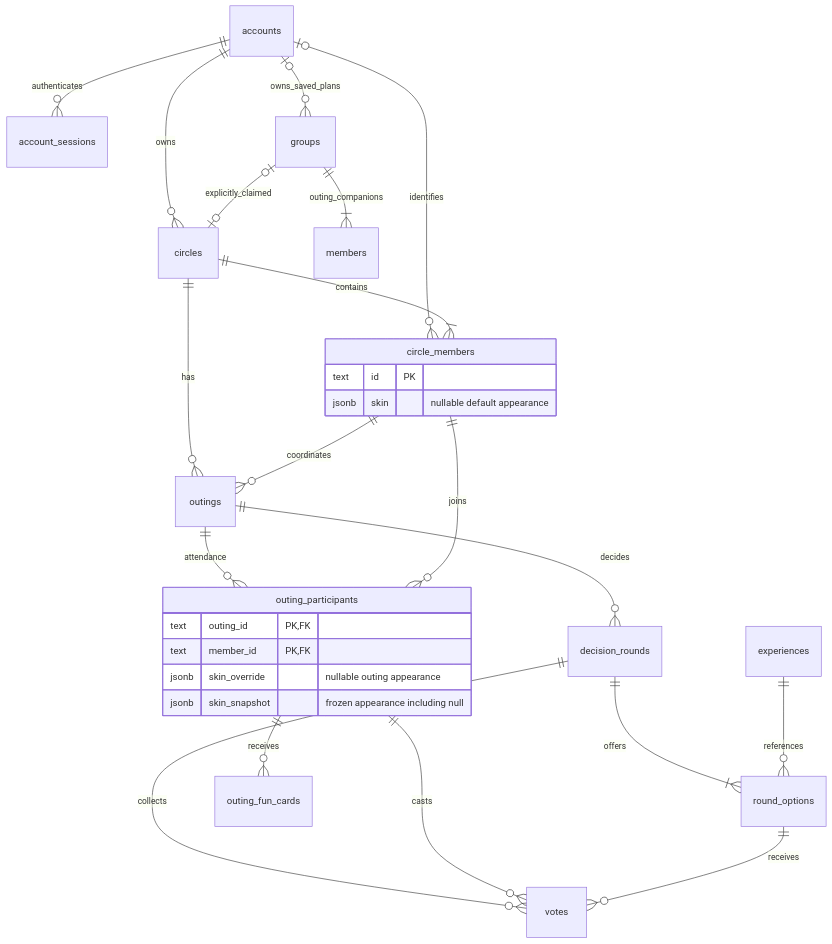
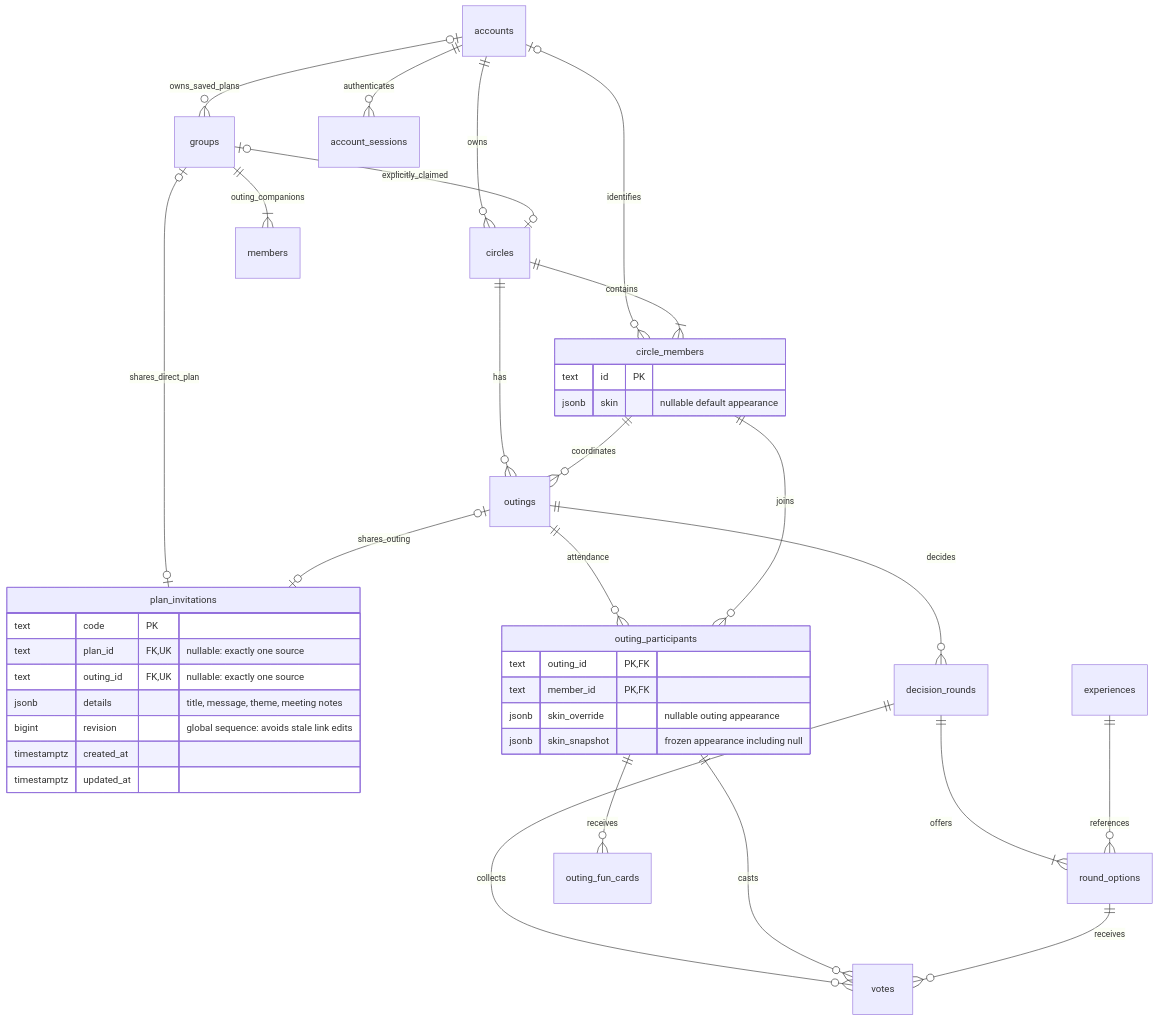
Before and after one commit to shathaaa1110-arch/hatim-app: the second of 6 diagrams in docs/architecture-python-postgres.ar.md, drawn with Mermaid. The commit also changed other lines of this file and 55 other files, not shown here.

````diff
--- a/docs/architecture-python-postgres.ar.md
+++ b/docs/architecture-python-postgres.ar.md
@@ -97,31 +105,42 @@
 ```mermaid
 erDiagram
+    plan_invitations {
+        text code PK
+        text plan_id FK,UK "nullable: exactly one source"
+        text outing_id FK,UK "nullable: exactly one source"
+        jsonb details "title, message, theme, meeting notes"
+        bigint revision "global sequence: avoids stale link edits"
+        timestamptz created_at
+        timestamptz updated_at
+    }
+    groups o|--o| plan_invitations : shares_direct_plan
+    outings o|--o| plan_invitations : shares_outing
     circle_members {
         text id PK
         jsonb skin "nullable default appearance"
     }
     outing_participants {
         text outing_id PK,FK
         text member_id PK,FK
         jsonb skin_override "nullable outing appearance"
         jsonb skin_snapshot "frozen appearance including null"
     }
     accounts ||--o{ account_sessions : authenticates
     accounts o|--o{ groups : owns_saved_plans
     accounts ||--o{ circles : owns
     accounts o|--o{ circle_members : identifies
     circles ||--|{ circle_members : contains
     circles ||--o{ outings : has
     circle_members ||--o{ outings : coordinates
     outings ||--o{ outing_participants : attendance
     circle_members ||--o{ outing_participants : joins
     outings ||--o{ decision_rounds : decides
     decision_rounds ||--|{ round_options : offers
     experiences ||--o{ round_options : references
     decision_rounds ||--o{ votes : collects
     outing_participants ||--o{ votes : casts
     round_options ||--o{ votes : receives
     outing_participants ||--o{ outing_fun_cards : receives
     groups o|--o| circles : explicitly_claimed
     groups ||--|{ members : outing_companions
 ```
````
